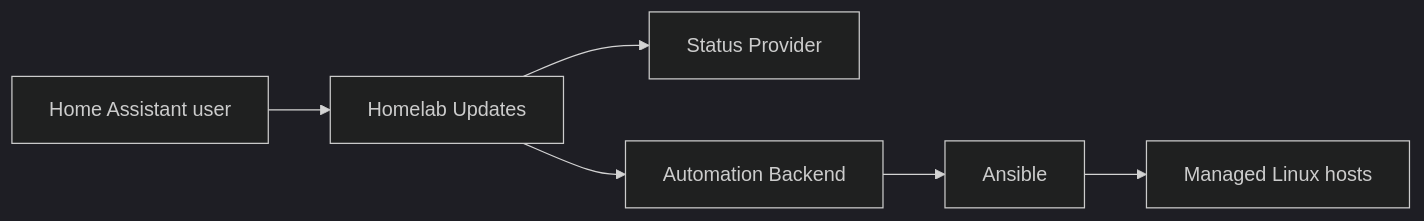
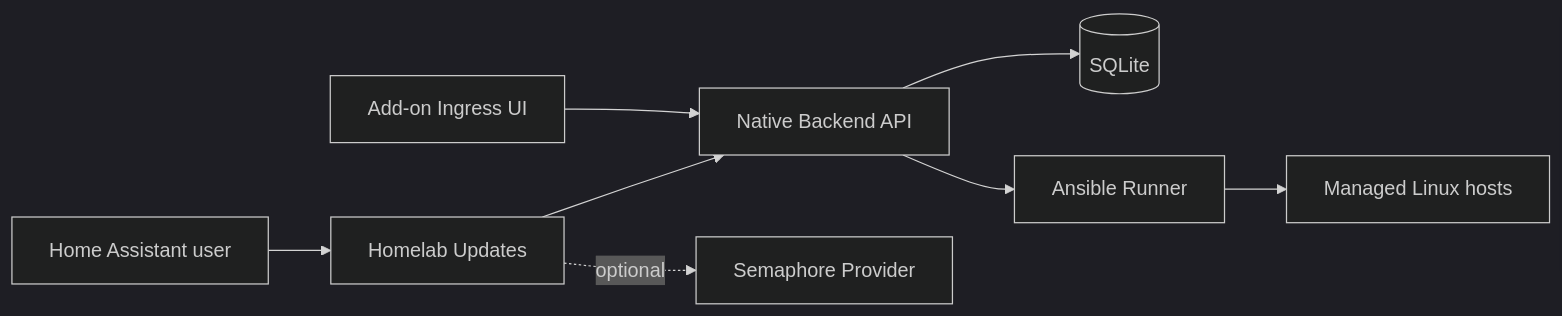
One commit to V3rfr3ss3n/Homelab-Commander changed the first of 2 diagrams in docs/02-architecture/overview.md. Above: the diagram before and after it, drawn with Mermaid (dark theme). The commit also changed other lines of this file and 81 other files, not shown here.

Commit message:
feat: add native backend and Home Assistant app

````diff
--- a/docs/02-architecture/overview.md
+++ b/docs/02-architecture/overview.md
@@ -12,8 +12,10 @@
 ```mermaid
 flowchart LR
     U[Home Assistant user] --> HA[Homelab Updates]
-    HA --> SP[Status Provider]
-    HA --> AB[Automation Backend]
-    AB --> AN[Ansible]
+    HA --> NB[Native Backend API]
+    HA -. optional .-> SE[Semaphore Provider]
+    UI[Add-on Ingress UI] --> NB
+    NB --> DB[(SQLite)]
+    NB --> AN[Ansible Runner]
     AN --> H[Managed Linux hosts]
 ```
````
